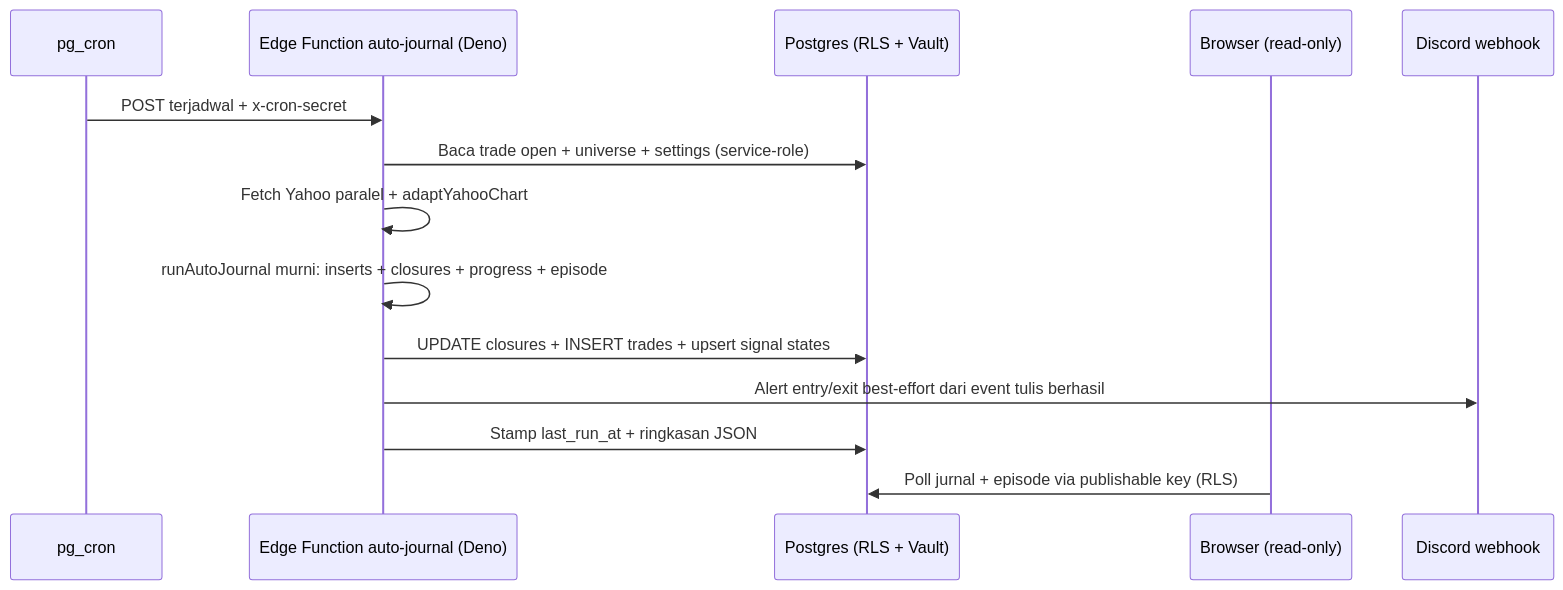
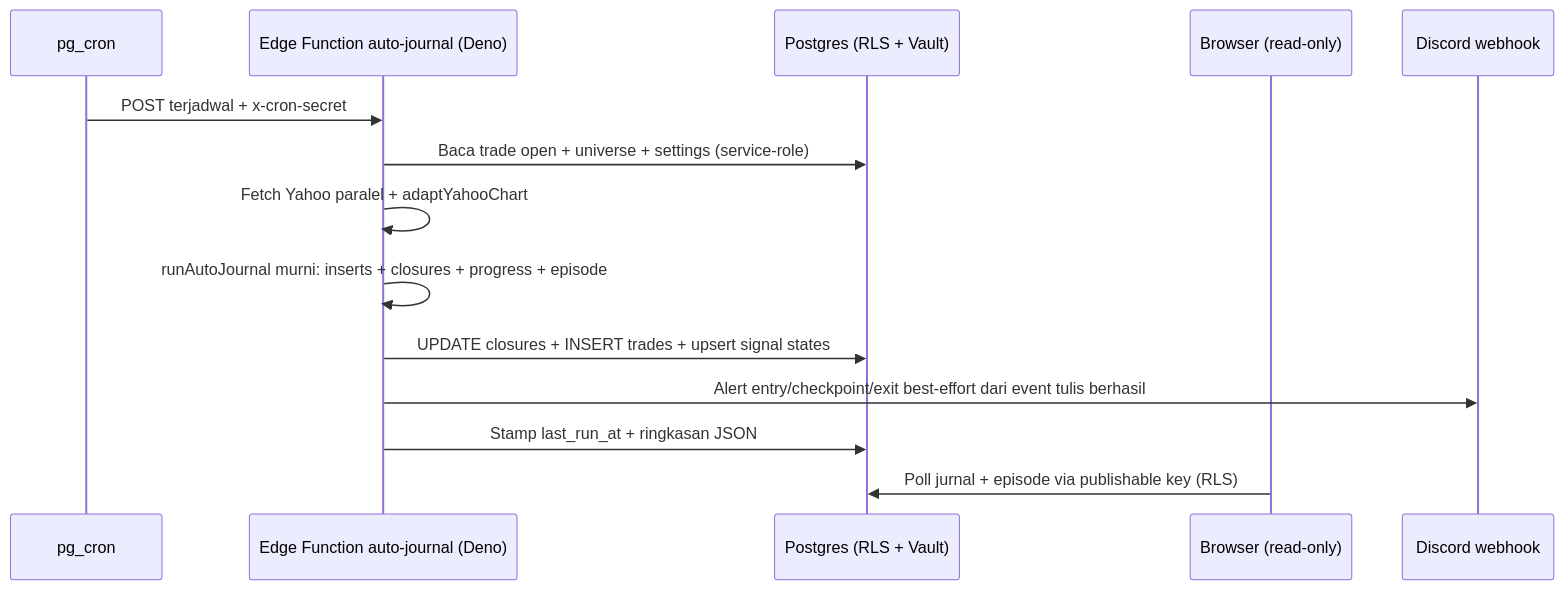
One commit to nail-nafir/react-rabalaba changed the first of 2 diagrams in docs/05-explainers/02-auto-journal-system-design.md. Above: the diagram before and after it, drawn with Mermaid. The commit also changed other lines of this file and 37 other files, not shown here.

````diff
--- a/docs/05-explainers/02-auto-journal-system-design.md
+++ b/docs/05-explainers/02-auto-journal-system-design.md
@@ -36,16 +36,16 @@
 ```mermaid
 sequenceDiagram
   participant Cron as pg_cron
   participant Edge as Edge Function auto-journal (Deno)
   participant DB as Postgres (RLS + Vault)
   participant Web as Browser (read-only)
   participant DC as Discord webhook
   Cron->>Edge: POST terjadwal + x-cron-secret
   Edge->>DB: Baca trade open + universe + settings (service-role)
   Edge->>Edge: Fetch Yahoo paralel + adaptYahooChart
   Edge->>Edge: runAutoJournal murni: inserts + closures + progress + episode
   Edge->>DB: UPDATE closures + INSERT trades + upsert signal states
-  Edge->>DC: Alert entry/exit best-effort dari event tulis berhasil
+  Edge->>DC: Alert entry/checkpoint/exit best-effort dari event tulis berhasil
   Edge->>DB: Stamp last_run_at + ringkasan JSON
   Web->>DB: Poll jurnal + episode via publishable key (RLS)
 ```
````
